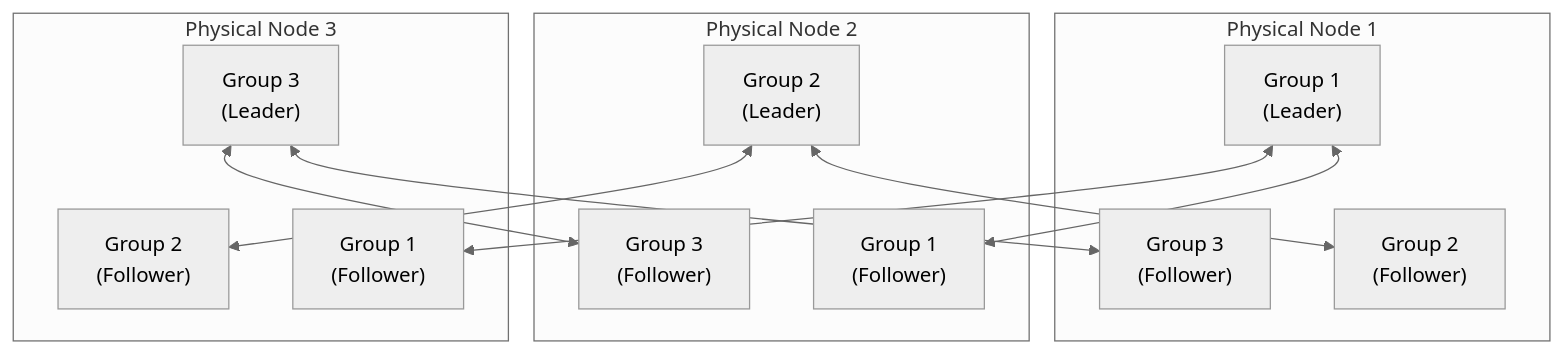
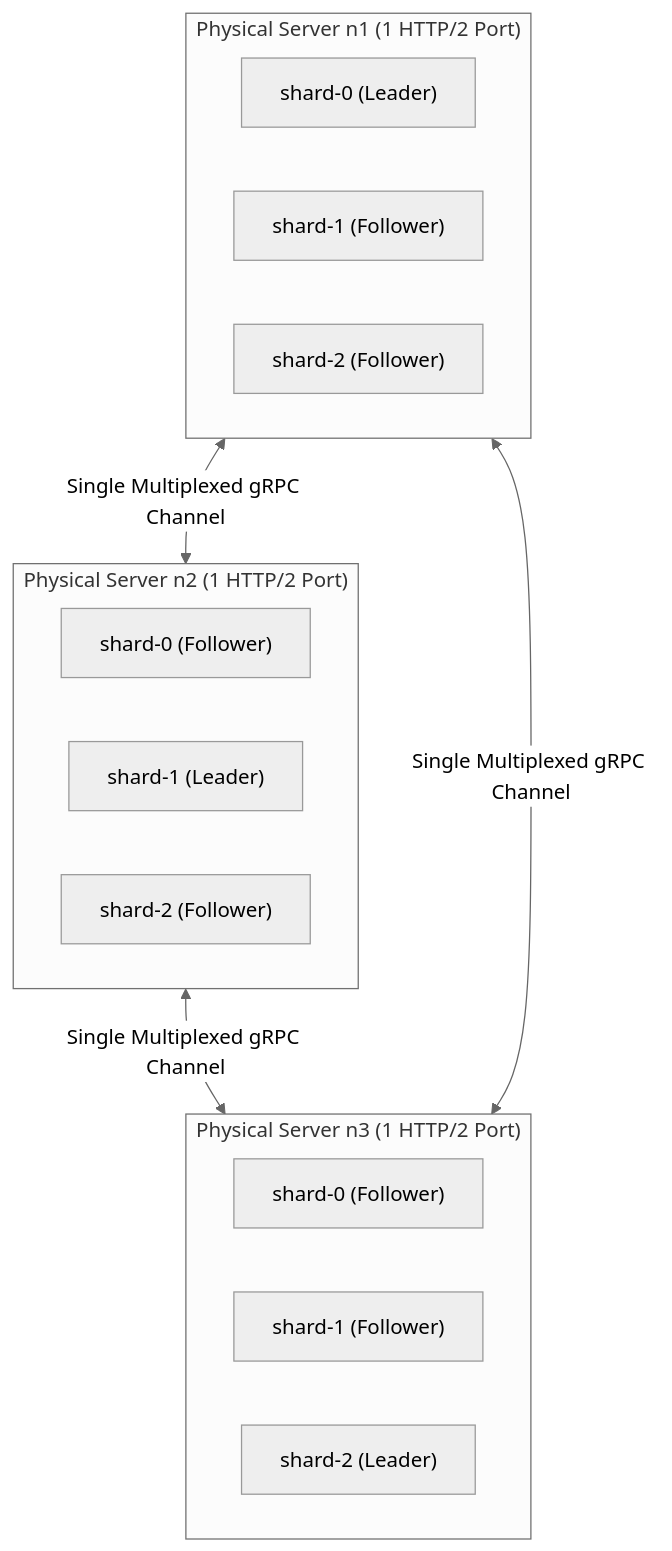
One commit to bmscomp/raft changed the second of 5 diagrams in docs/book/21-multi-raft-groups.md. Above: the diagram before and after it, drawn with Mermaid (neutral theme). The commit also changed other lines of this file and 12 other files, not shown here.

````diff
--- a/docs/book/21-multi-raft-groups.md
+++ b/docs/book/21-multi-raft-groups.md
@@ -36,27 +36,24 @@
 ```mermaid
 flowchart TB
-    subgraph Node1["Physical Node 1"]
-        G1L["Group 1\n(Leader)"]
-        G2F["Group 2\n(Follower)"]
-        G3F["Group 3\n(Follower)"]
+    subgraph Node1["Physical Server n1 (1 HTTP/2 Port)"]
+        G0N1["shard-0 (Leader)"]
+        G1N1["shard-1 (Follower)"]
+        G2N1["shard-2 (Follower)"]
     end
 
-    subgraph Node2["Physical Node 2"]
-        G1F1["Group 1\n(Follower)"]
-        G2L["Group 2\n(Leader)"]
-        G3F2["Group 3\n(Follower)"]
+    subgraph Node2["Physical Server n2 (1 HTTP/2 Port)"]
+        G0N2["shard-0 (Follower)"]
+        G1N2["shard-1 (Leader)"]
+        G2N2["shard-2 (Follower)"]
     end
 
-    subgraph Node3["Physical Node 3"]
-        G1F2["Group 1\n(Follower)"]
-        G2F2["Group 2\n(Follower)"]
-        G3L["Group 3\n(Leader)"]
+    subgraph Node3["Physical Server n3 (1 HTTP/2 Port)"]
+        G0N3["shard-0 (Follower)"]
+        G1N3["shard-1 (Follower)"]
+        G2N3["shard-2 (Leader)"]
     end
 
-    G1L <--> G1F1
-    G1L <--> G1F2
-    G2L <--> G2F
-    G2L <--> G2F2
-    G3L <--> G3F
-    G3L <--> G3F2
+    Node1 <-->|"Single Multiplexed gRPC Channel"| Node2
+    Node2 <-->|"Single Multiplexed gRPC Channel"| Node3
+    Node1 <-->|"Single Multiplexed gRPC Channel"| Node3
 ```
````
